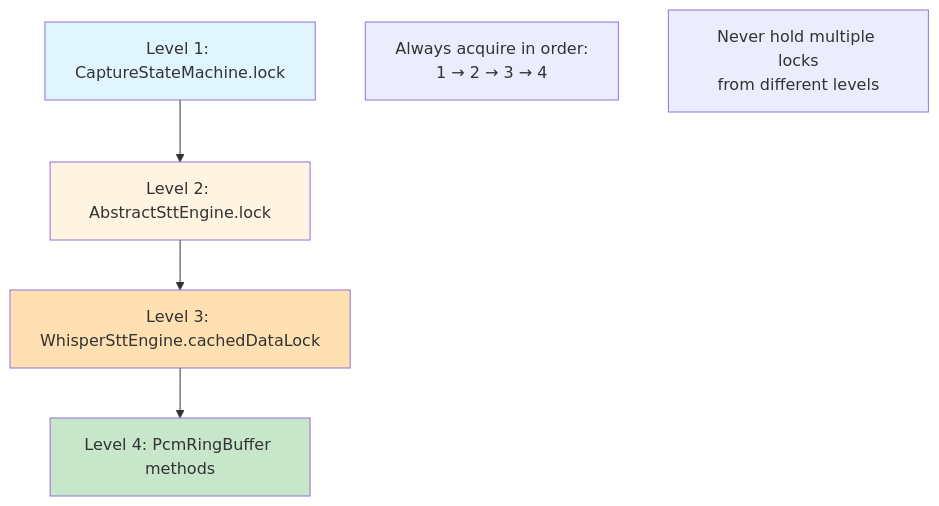
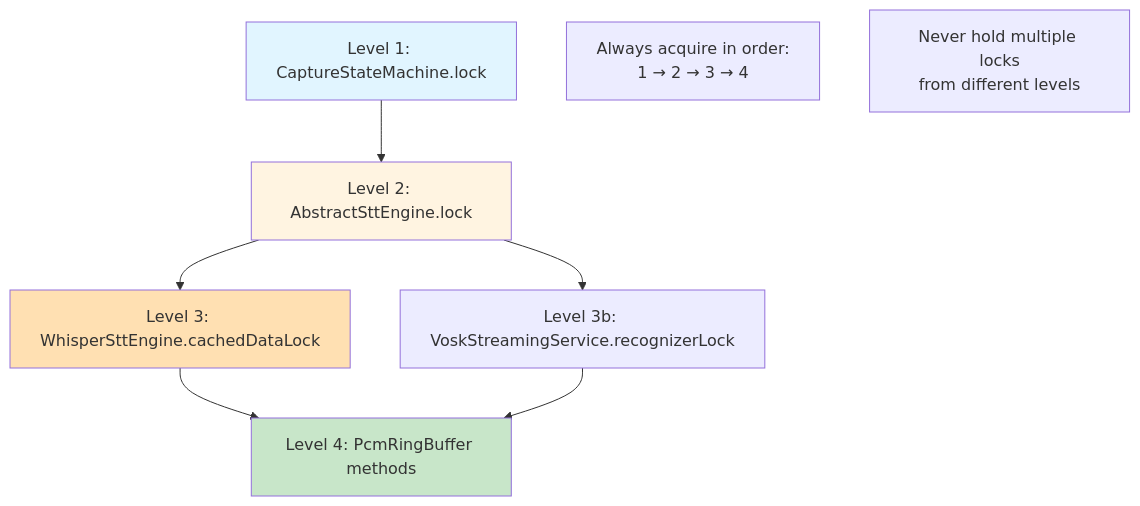
Before and after one commit to phillippitts/speakToMack: diagram 12 of 15 in docs/diagrams/thread-model-concurrency.md, drawn with Mermaid. The commit also changed other lines of this file and 53 other files, not shown here.

````diff
--- a/docs/diagrams/thread-model-concurrency.md
+++ b/docs/diagrams/thread-model-concurrency.md
@@ -383,19 +393,22 @@
 ```mermaid
 graph TB
     Level1[Level 1: CaptureStateMachine.lock]
     Level2[Level 2: AbstractSttEngine.lock]
     Level3[Level 3: WhisperSttEngine.cachedDataLock]
+    Level3b[Level 3b: VoskStreamingService.recognizerLock]
     Level4[Level 4: PcmRingBuffer methods]
 
     Level1 --> Level2
     Level2 --> Level3
+    Level2 --> Level3b
     Level3 --> Level4
+    Level3b --> Level4
 
     Note1[Always acquire in order:<br/>1 → 2 → 3 → 4]
     Note2[Never hold multiple locks<br/>from different levels]
 
     style Level1 fill:#e1f5ff
     style Level2 fill:#fff4e1
     style Level3 fill:#ffe0b2
     style Level4 fill:#c8e6c9
 ```
````
